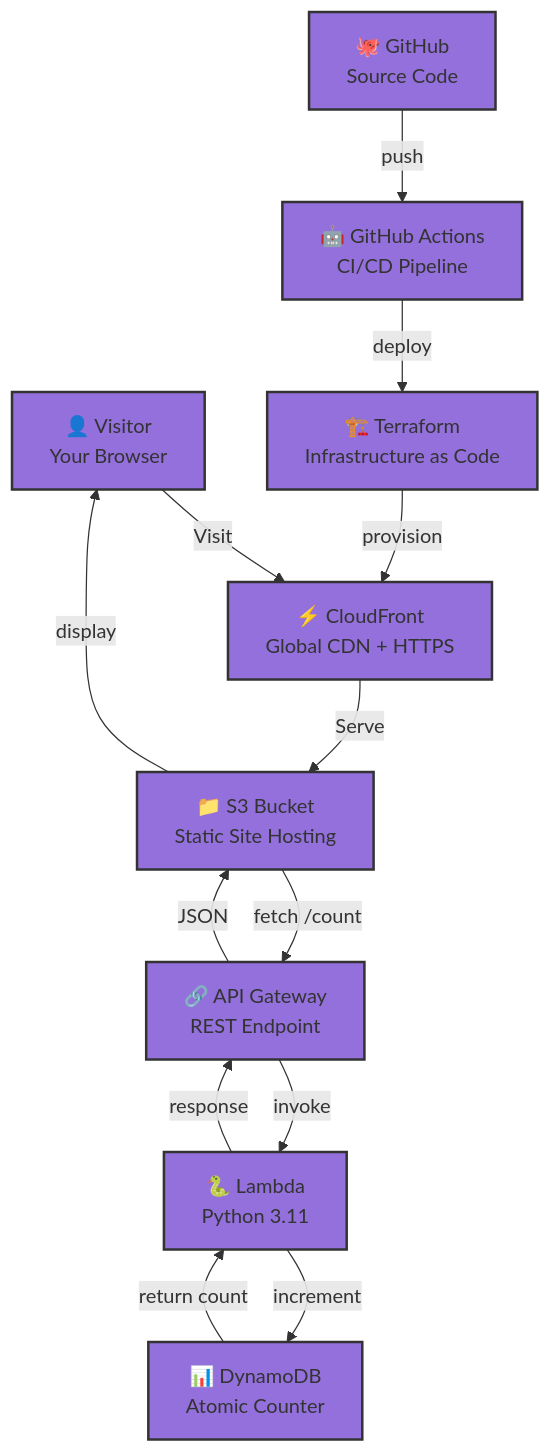
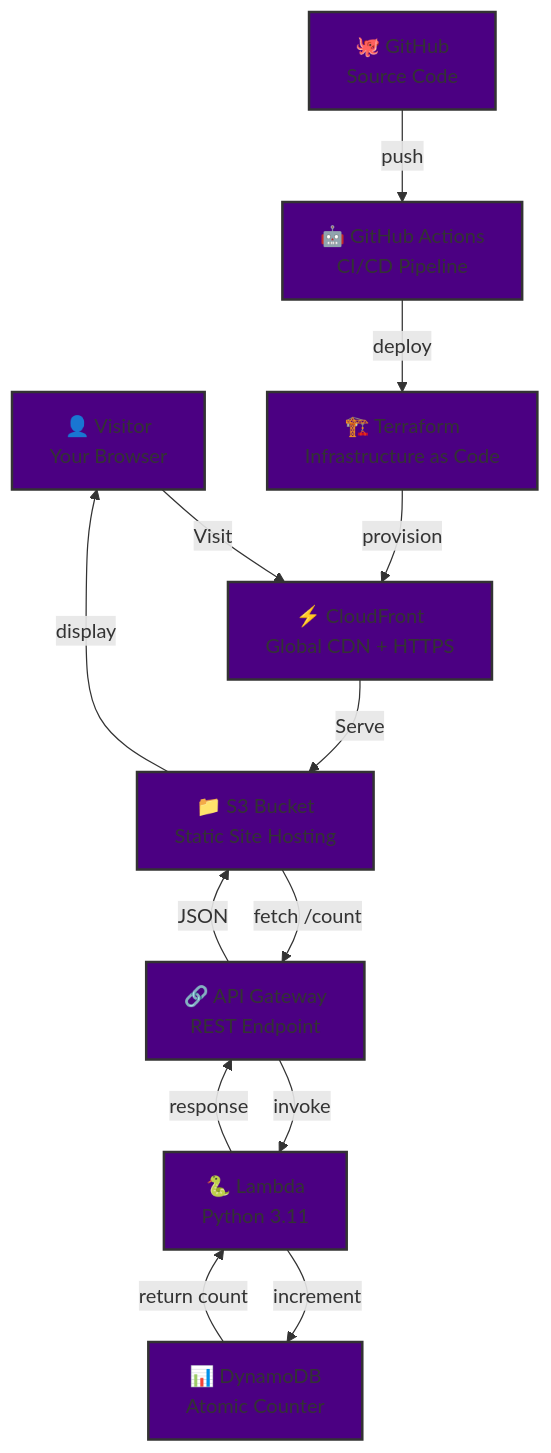
Before and after one commit to stanleyjnrkanzara-wq/Cloud-Resume-Challenge: the diagram in README.md, drawn with Mermaid.

Commit message:
Update mermaid diagram rectangles to dark purple (#4B0082)

````diff
--- a/README.md
+++ b/README.md
@@ -36,37 +36,37 @@
 ```mermaid
 graph TB
     User["👤 Visitor<br/>Your Browser"]
     CF["⚡ CloudFront<br/>Global CDN + HTTPS"]
     S3["📁 S3 Bucket<br/>Static Site Hosting"]
     APIGW["🔗 API Gateway<br/>REST Endpoint"]
     Lambda["🐍 Lambda<br/>Python 3.11"]
     DDB["📊 DynamoDB<br/>Atomic Counter"]
     
     GH["🐙 GitHub<br/>Source Code"]
     GHA["🤖 GitHub Actions<br/>CI/CD Pipeline"]
     TF["🏗️ Terraform<br/>Infrastructure as Code"]
     
     User -->|Visit| CF
     CF -->|Serve| S3
     S3 -->|fetch /count| APIGW
     APIGW -->|invoke| Lambda
     Lambda -->|increment| DDB
     DDB -->|return count| Lambda
     Lambda -->|response| APIGW
     APIGW -->|JSON| S3
     S3 -->|display| User
     
     GH -->|push| GHA
     GHA -->|deploy| TF
     TF -->|provision| CF
     
-    style User fill:#9370DB,stroke:#333,stroke-width:2px
-    style CF fill:#9370DB,stroke:#333,stroke-width:2px
-    style S3 fill:#9370DB,stroke:#333,stroke-width:2px
-    style APIGW fill:#9370DB,stroke:#333,stroke-width:2px
-    style Lambda fill:#9370DB,stroke:#333,stroke-width:2px
-    style DDB fill:#9370DB,stroke:#333,stroke-width:2px
-    style GH fill:#9370DB,stroke:#333,stroke-width:2px
-    style GHA fill:#9370DB,stroke:#333,stroke-width:2px
-    style TF fill:#9370DB,stroke:#333,stroke-width:2px
+    style User fill:#4B0082,stroke:#333,stroke-width:2px
+    style CF fill:#4B0082,stroke:#333,stroke-width:2px
+    style S3 fill:#4B0082,stroke:#333,stroke-width:2px
+    style APIGW fill:#4B0082,stroke:#333,stroke-width:2px
+    style Lambda fill:#4B0082,stroke:#333,stroke-width:2px
+    style DDB fill:#4B0082,stroke:#333,stroke-width:2px
+    style GH fill:#4B0082,stroke:#333,stroke-width:2px
+    style GHA fill:#4B0082,stroke:#333,stroke-width:2px
+    style TF fill:#4B0082,stroke:#333,stroke-width:2px
 ```
````
